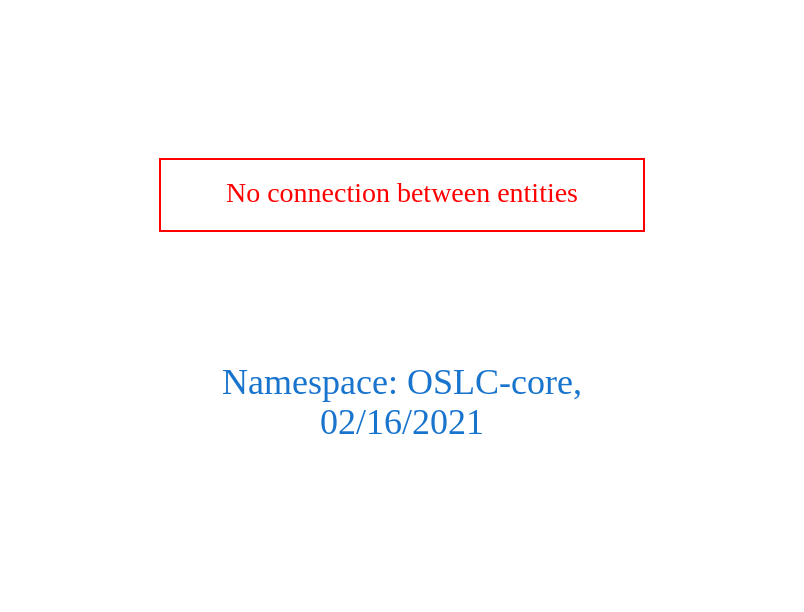
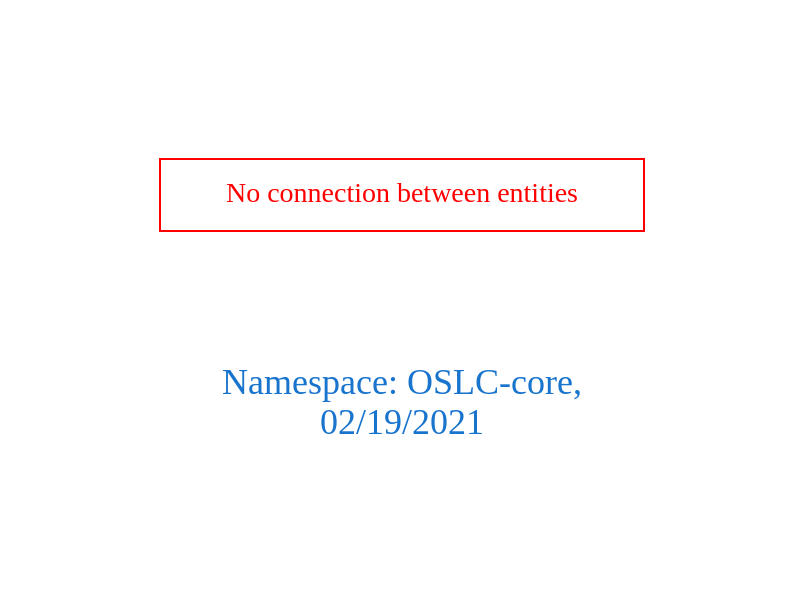
One commit to arago/OGIT changed the diagram in downloads/OSLC-core.dot. Above: the diagram before and after it, drawn with Graphviz. The commit also changed 1845 other files, not shown here.

```diff
--- a/downloads/OSLC-core.dot
+++ b/downloads/OSLC-core.dot
@@ -1,9 +1,9 @@
 digraph OGIT_ontology {
  graph [ rankdir= LR,pad=1 
 fontsize = 18,
-fontcolor= dodgerblue3,label = "\n\n\nNamespace: OSLC-core, \n 02/16/2021"];
+fontcolor= dodgerblue3,label = "\n\n\nNamespace: OSLC-core, \n 02/19/2021"];
 node[shape=polygon];
 edge [  color="gray81"];
 
 "No connection between entities" [fontcolor = "red",color="red", shape="polygon"]
 }
```
